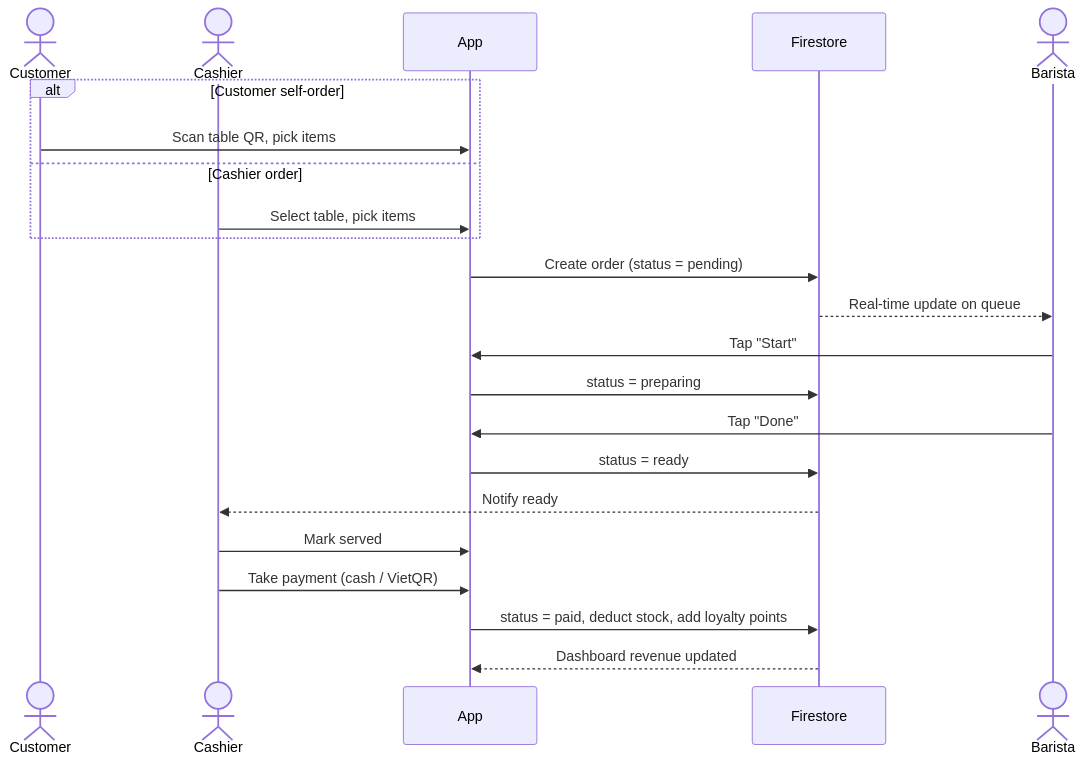
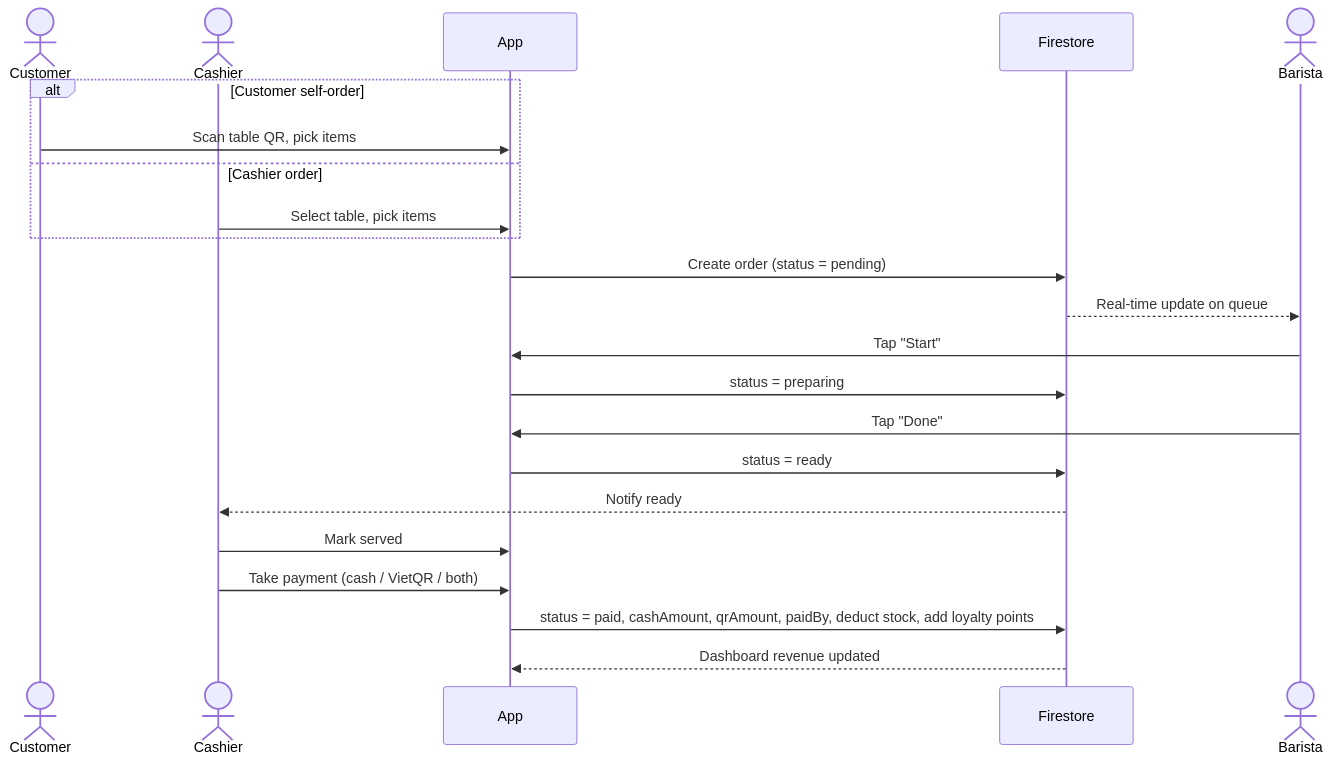
The first of 4 diagrams in docs/product-brief.md (huytran303/CafeManagementSystem), drawn with Mermaid before and after one commit. The commit also changed other lines of this file and 23 other files, not shown here.

First line of the commit message:
docs: add cash handover, split payment and voucher-only discount

````diff
--- a/docs/product-brief.md
+++ b/docs/product-brief.md
@@ -120,25 +120,25 @@
 ```mermaid
 sequenceDiagram
     actor C as Customer
     actor CS as Cashier
     participant APP as App
     participant DB as Firestore
     actor B as Barista
 
     alt Customer self-order
         C->>APP: Scan table QR, pick items
     else Cashier order
         CS->>APP: Select table, pick items
     end
     APP->>DB: Create order (status = pending)
     DB-->>B: Real-time update on queue
     B->>APP: Tap "Start"
     APP->>DB: status = preparing
     B->>APP: Tap "Done"
     APP->>DB: status = ready
     DB-->>CS: Notify ready
     CS->>APP: Mark served
-    CS->>APP: Take payment (cash / VietQR)
-    APP->>DB: status = paid, deduct stock, add loyalty points
+    CS->>APP: Take payment (cash / VietQR / both)
+    APP->>DB: status = paid, cashAmount, qrAmount, paidBy, deduct stock, add loyalty points
     DB-->>APP: Dashboard revenue updated
 ```
````
